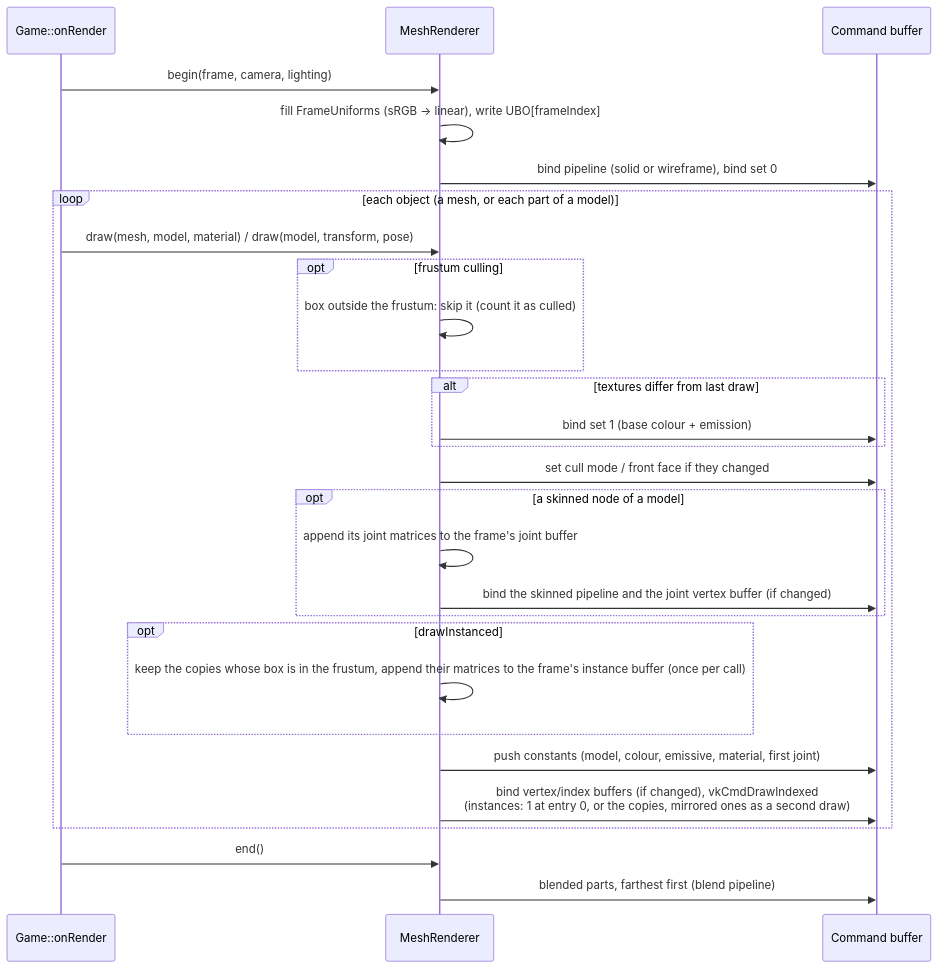
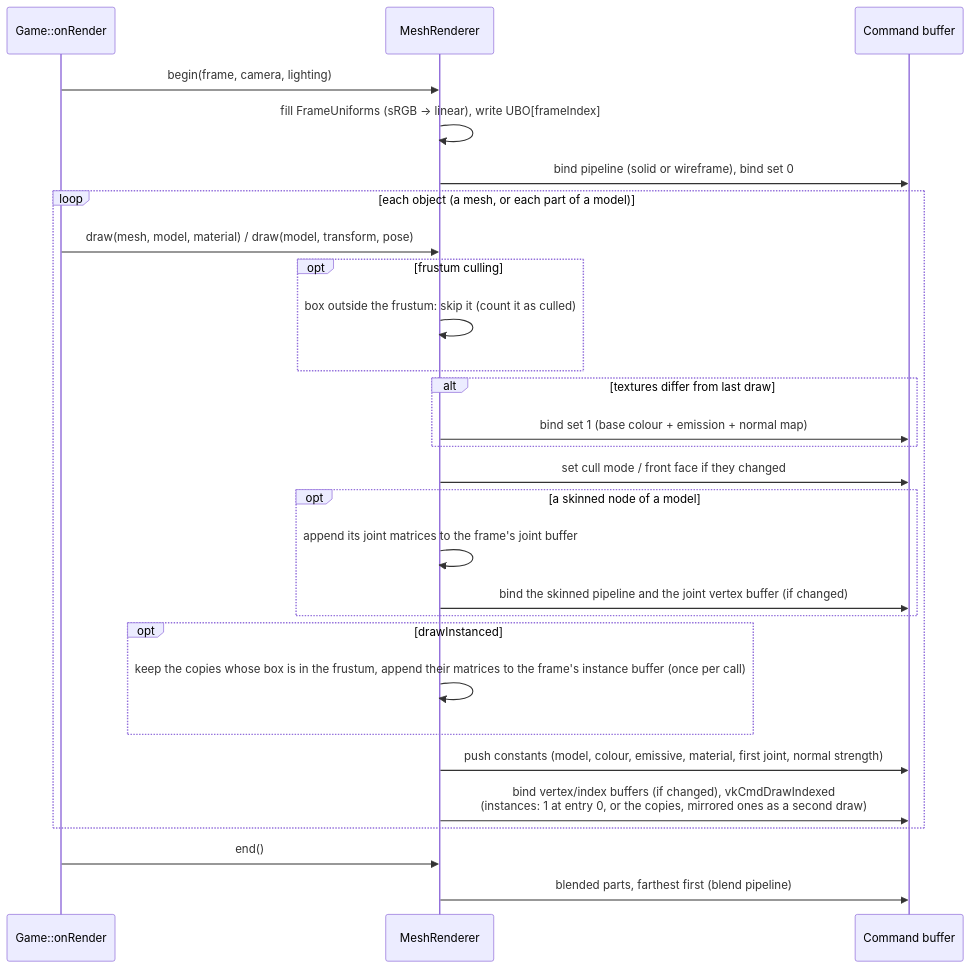
Before and after one commit to Chuck5ta/3DBaseFramework: diagram 11 of 18 in docs/GAME3D_ARCHITECTURE.md, drawn with Mermaid. The commit also changed other lines of this file and 22 other files, not shown here.

````diff
--- a/docs/GAME3D_ARCHITECTURE.md
+++ b/docs/GAME3D_ARCHITECTURE.md
@@ -925,31 +944,31 @@
 ```mermaid
 sequenceDiagram
     participant G as Game::onRender
     participant MR as MeshRenderer
     participant Cmd as Command buffer
 
     G->>MR: begin(frame, camera, lighting)
     MR->>MR: fill FrameUniforms (sRGB → linear), write UBO[frameIndex]
     MR->>Cmd: bind pipeline (solid or wireframe), bind set 0
     loop each object (a mesh, or each part of a model)
         G->>MR: draw(mesh, model, material) / draw(model, transform, pose)
         opt frustum culling
             MR->>MR: box outside the frustum: skip it (count it as culled)
         end
         alt textures differ from last draw
-            MR->>Cmd: bind set 1 (base colour + emission)
+            MR->>Cmd: bind set 1 (base colour + emission + normal map)
         end
         MR->>Cmd: set cull mode / front face if they changed
         opt a skinned node of a model
             MR->>MR: append its joint matrices to the frame's joint buffer
             MR->>Cmd: bind the skinned pipeline and the joint vertex buffer (if changed)
         end
         opt drawInstanced
             MR->>MR: keep the copies whose box is in the frustum, append their matrices to the frame's instance buffer (once per call)
         end
-        MR->>Cmd: push constants (model, colour, emissive, material, first joint)
+        MR->>Cmd: push constants (model, colour, emissive, material, first joint, normal strength)
         MR->>Cmd: bind vertex/index buffers (if changed), vkCmdDrawIndexed<br/>(instances: 1 at entry 0, or the copies, mirrored ones as a second draw)
     end
     G->>MR: end()
     MR->>Cmd: blended parts, farthest first (blend pipeline)
 ```
````
